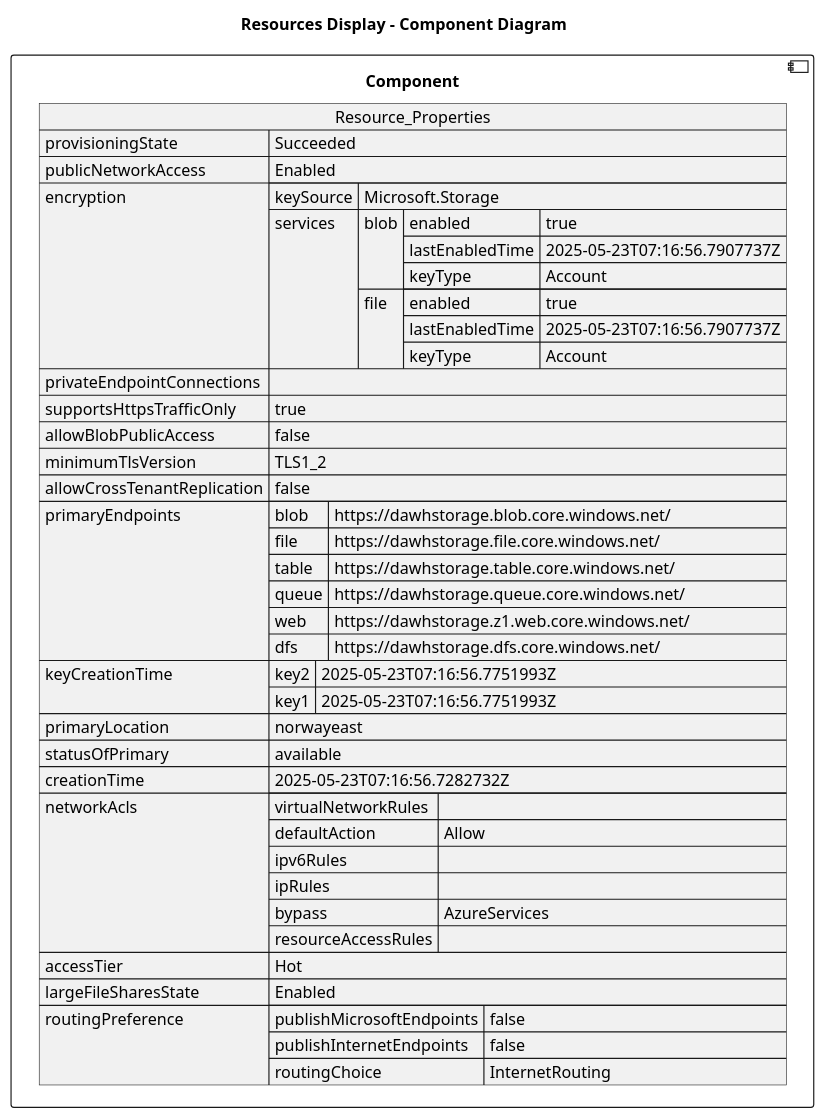
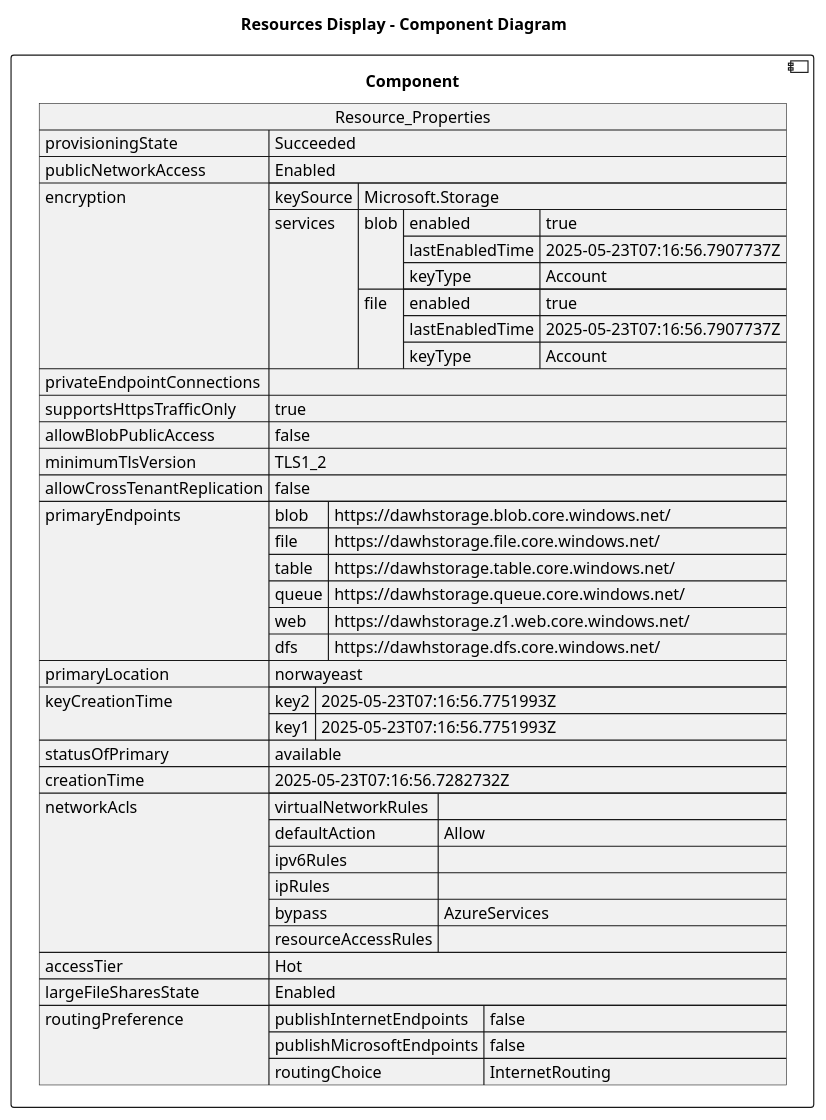
The diagram in architectureDesign/PUML/rg-aleksander_Resources/dawhstorage.puml (DanielAmpong/Test-Azure-architecture-diagram), drawn with PlantUML before and after one commit. The commit also changed other lines of this file and 880 other files, not shown here.

```diff
--- a/architectureDesign/PUML/rg-aleksander_Resources/dawhstorage.puml
+++ b/architectureDesign/PUML/rg-aleksander_Resources/dawhstorage.puml
@@ -1,62 +1,62 @@
 @startuml
 
 title Resources Display - Component Diagram
 
 component Component {
 
 json  Resource_Properties {
   "provisioningState": "Succeeded",
   "publicNetworkAccess": "Enabled",
   "encryption": {
     "keySource": "Microsoft.Storage",
     "services": {
       "blob": {
         "enabled": true,
         "lastEnabledTime": "2025-05-23T07:16:56.7907737Z",
         "keyType": "Account"
       },
       "file": {
         "enabled": true,
         "lastEnabledTime": "2025-05-23T07:16:56.7907737Z",
         "keyType": "Account"
       }
     }
   },
   "privateEndpointConnections": [],
   "supportsHttpsTrafficOnly": true,
   "allowBlobPublicAccess": false,
   "minimumTlsVersion": "TLS1_2",
   "allowCrossTenantReplication": false,
   "primaryEndpoints": {
     "blob": "https://dawhstorage.blob.core.windows.net/",
     "file": "https://dawhstorage.file.core.windows.net/",
     "table": "https://dawhstorage.table.core.windows.net/",
     "queue": "https://dawhstorage.queue.core.windows.net/",
     "web": "https://dawhstorage.z1.web.core.windows.net/",
     "dfs": "https://dawhstorage.dfs.core.windows.net/"
   },
+  "primaryLocation": "norwayeast",
   "keyCreationTime": {
     "key2": "2025-05-23T07:16:56.7751993Z",
     "key1": "2025-05-23T07:16:56.7751993Z"
   },
-  "primaryLocation": "norwayeast",
   "statusOfPrimary": "available",
   "creationTime": "2025-05-23T07:16:56.7282732Z",
   "networkAcls": {
     "virtualNetworkRules": [],
     "defaultAction": "Allow",
     "ipv6Rules": [],
     "ipRules": [],
     "bypass": "AzureServices",
     "resourceAccessRules": []
   },
   "accessTier": "Hot",
   "largeFileSharesState": "Enabled",
   "routingPreference": {
+    "publishInternetEndpoints": false,
     "publishMicrosoftEndpoints": false,
-    "publishInternetEndpoints": false,
     "routingChoice": "InternetRouting"
   }
 }
 }
 @enduml
```
